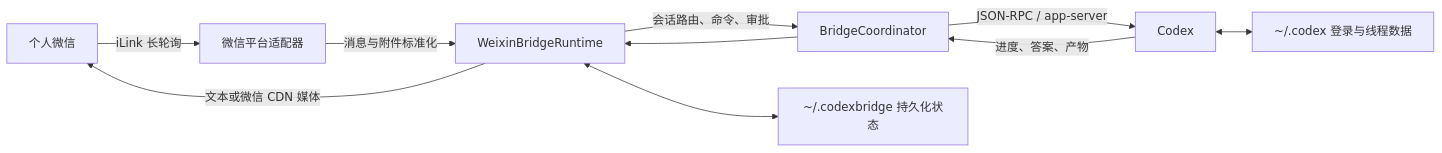
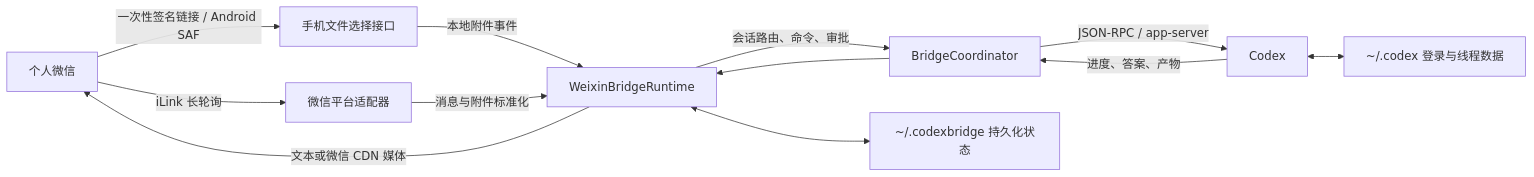
The diagram in README.md (ywj-SCUT/CodexBridge-revise), drawn with Mermaid before and after one commit. The commit also changed other lines of this file and 6 other files, not shown here.

````diff
--- a/README.md
+++ b/README.md
@@ -70,12 +72,14 @@
 ```mermaid
 flowchart LR
     A["个人微信"] -->|iLink 长轮询| B["微信平台适配器"]
+    A -->|一次性签名链接 / Android SAF| H["手机文件选择接口"]
+    H -->|本地附件事件| C
     B -->|消息与附件标准化| C["WeixinBridgeRuntime"]
     C -->|会话路由、命令、审批| D["BridgeCoordinator"]
     D -->|JSON-RPC / app-server| E["Codex"]
     E -->|进度、答案、产物| D
     D --> C
     C -->|文本或微信 CDN 媒体| A
     C <--> F["~/.codexbridge 持久化状态"]
     E <--> G["~/.codex 登录与线程数据"]
 ```
````
